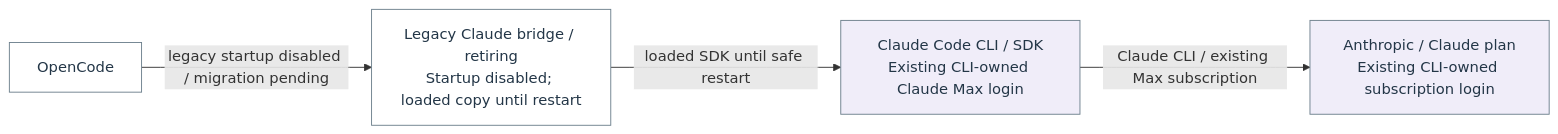
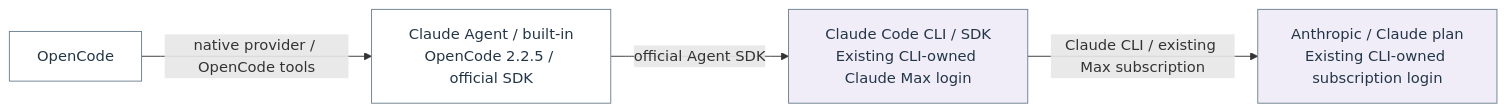
Before and after one commit to Harsh-2002/Homelab: the diagram in docs/architecture/flow-20.mmd, drawn with Mermaid. The commit also changed 38 other files, not shown here.

Commit message:
Upgrade OpenCode to 2.2.5 and verify native Claude Agent subscription

```diff
--- a/docs/architecture/flow-20.mmd
+++ b/docs/architecture/flow-20.mmd
@@ -1,12 +1,12 @@
 flowchart LR
   n_flow_20_0["OpenCode"]
-  n_flow_20_1["Legacy Claude bridge / retiring<br/>Startup disabled; loaded copy until restart"]
+  n_flow_20_1["Claude Agent / built-in<br/>OpenCode 2.2.5 / official SDK"]
   n_flow_20_2["Claude Code CLI / SDK<br/>Existing CLI-owned Claude Max login"]
   n_flow_20_3["Anthropic / Claude plan<br/>Existing CLI-owned subscription login"]
-  n_flow_20_0 -->|"legacy startup disabled / migration pending"| n_flow_20_1
-  n_flow_20_1 -->|"loaded SDK until safe restart"| n_flow_20_2
+  n_flow_20_0 -->|"native provider / OpenCode tools"| n_flow_20_1
+  n_flow_20_1 -->|"official Agent SDK"| n_flow_20_2
   n_flow_20_2 -->|"Claude CLI / existing Max subscription"| n_flow_20_3
   classDef c_flow_20_0 fill:#ffffff,stroke:#6c7f8c,color:#233647;
   class n_flow_20_0,n_flow_20_1 c_flow_20_0;
   classDef c_flow_20_1 fill:#f0edf9,stroke:#6c7f8c,color:#233647;
   class n_flow_20_2,n_flow_20_3 c_flow_20_1;
```
